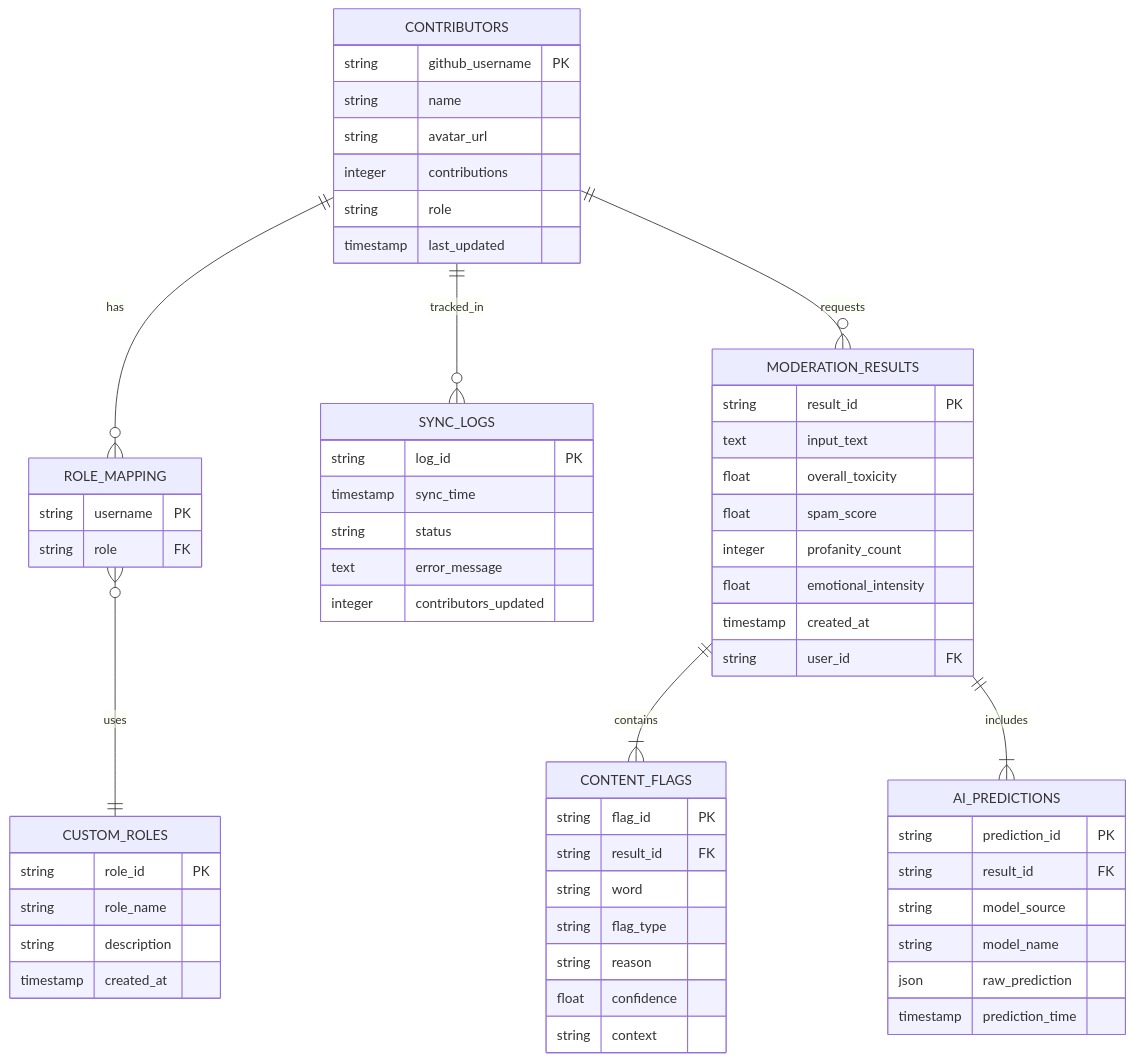
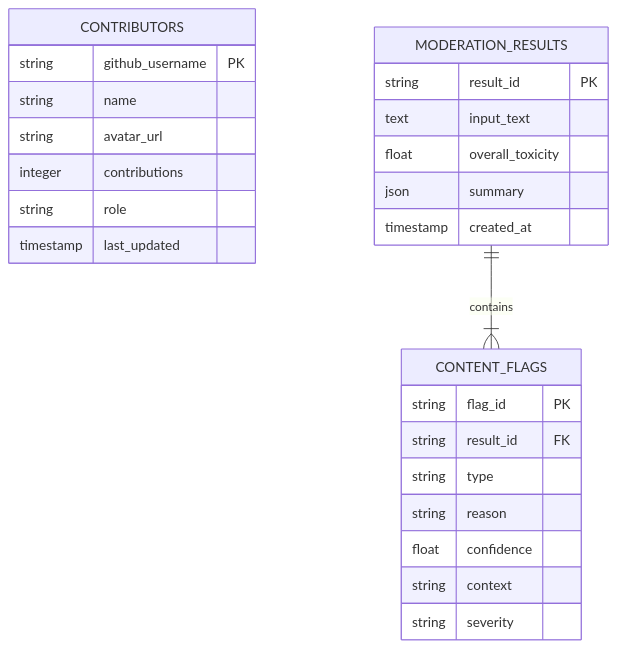
The second of 4 diagrams in README.md (nathan-myers/Maverick-AI), drawn with Mermaid before and after one commit.

````diff
--- a/README.md
+++ b/README.md
@@ -151,68 +151,32 @@
 ```mermaid
 erDiagram
     CONTRIBUTORS {
         string github_username PK
         string name
         string avatar_url
         integer contributions
         string role
         timestamp last_updated
     }
 
-    ROLE_MAPPING {
-        string username PK
-        string role FK
-    }
-
-    CUSTOM_ROLES {
-        string role_id PK
-        string role_name
-        string description
-        timestamp created_at
-    }
-
-    SYNC_LOGS {
-        string log_id PK
-        timestamp sync_time
-        string status
-        text error_message
-        integer contributors_updated
-    }
-
     MODERATION_RESULTS {
         string result_id PK
         text input_text
         float overall_toxicity
-        float spam_score
-        integer profanity_count
-        float emotional_intensity
+        json summary
         timestamp created_at
-        string user_id FK
     }
 
     CONTENT_FLAGS {
         string flag_id PK
         string result_id FK
-        string word
-        string flag_type
+        string type
         string reason
         float confidence
         string context
+        string severity
     }
 
-    AI_PREDICTIONS {
-        string prediction_id PK
-        string result_id FK
-        string model_source
-        string model_name
-        json raw_prediction
-        timestamp prediction_time
-    }
+    MODERATION_RESULTS ||--|{ CONTENT_FLAGS : contains
 
-    CONTRIBUTORS ||--o{ ROLE_MAPPING : has
-    ROLE_MAPPING }o--|| CUSTOM_ROLES : uses
-    CONTRIBUTORS ||--o{ SYNC_LOGS : tracked_in
-    MODERATION_RESULTS ||--|{ CONTENT_FLAGS : contains
-    MODERATION_RESULTS ||--|{ AI_PREDICTIONS : includes
-    CONTRIBUTORS ||--o{ MODERATION_RESULTS : requests
 ```
````
